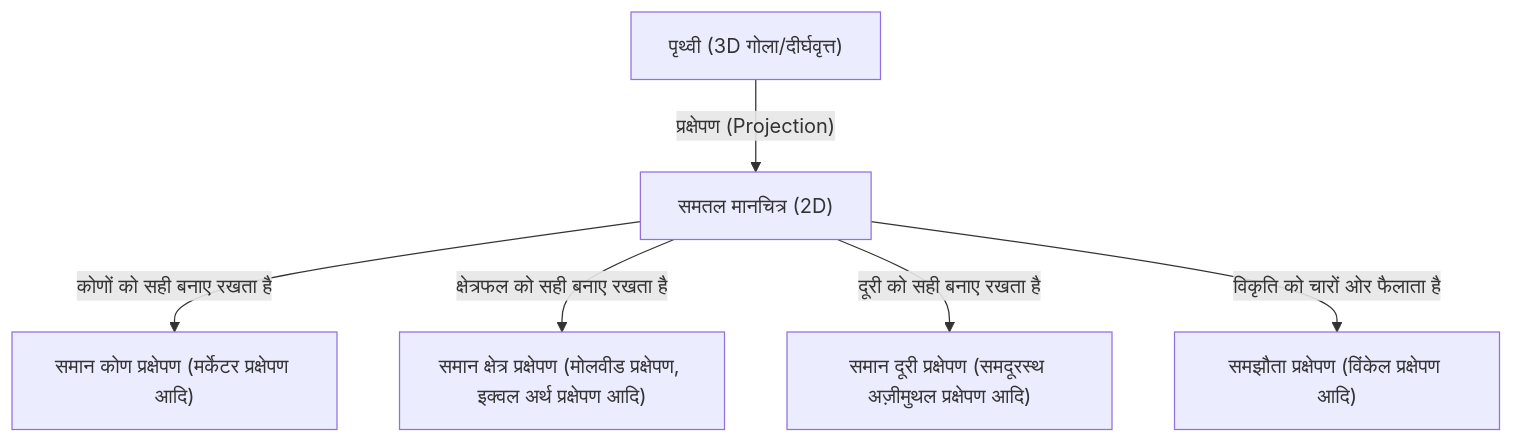
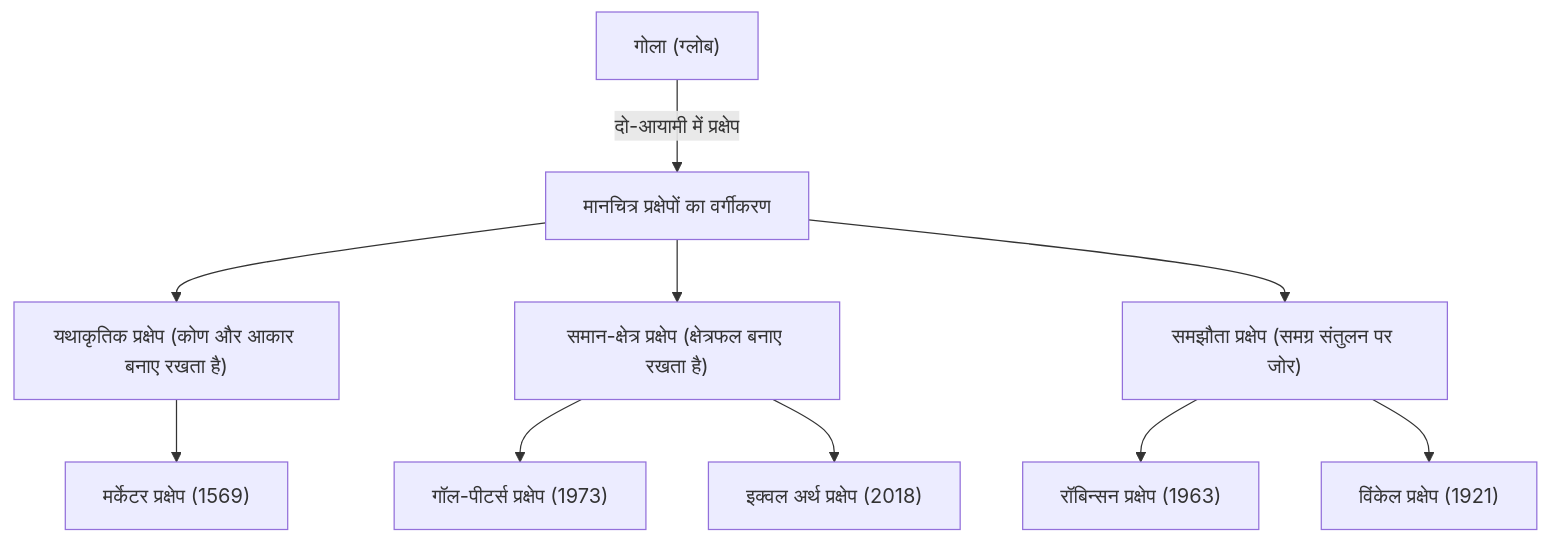
The diagram in content/post/history-of-map-projections/index.hi.md (kenjinote/blog), drawn with Mermaid before and after one commit. The commit also changed other lines of this file and 129 other files, not shown here.

````diff
--- a/content/post/history-of-map-projections/index.hi.md
+++ b/content/post/history-of-map-projections/index.hi.md
@@ -19,8 +30,13 @@
 ```mermaid
 graph TD
-    A["पृथ्वी (3D गोला/दीर्घवृत्त)"] -- "प्रक्षेपण (Projection)" --> B["समतल मानचित्र (2D)"]
-    B -- "कोणों को सही बनाए रखता है" --> C["समान कोण प्रक्षेपण (मर्केटर प्रक्षेपण आदि)"]
-    B -- "क्षेत्रफल को सही बनाए रखता है" --> D["समान क्षेत्र प्रक्षेपण (मोलवीड प्रक्षेपण, इक्वल अर्थ प्रक्षेपण आदि)"]
-    B -- "दूरी को सही बनाए रखता है" --> E["समान दूरी प्रक्षेपण (समदूरस्थ अज़ीमुथल प्रक्षेपण आदि)"]
-    B -- "विकृति को चारों ओर फैलाता है" --> F["समझौता प्रक्षेपण (विंकेल प्रक्षेपण आदि)"]
+    A["गोला (ग्लोब)"] -->|"दो-आयामी में प्रक्षेप"| B["मानचित्र प्रक्षेपों का वर्गीकरण"]
+    B --> C["यथाकृतिक प्रक्षेप (कोण और आकार बनाए रखता है)"]
+    B --> D["समान-क्षेत्र प्रक्षेप (क्षेत्रफल बनाए रखता है)"]
+    B --> E["समझौता प्रक्षेप (समग्र संतुलन पर जोर)"]
+    
+    C --> F["मर्केटर प्रक्षेप (1569)"]
+    D --> G["गॉल-पीटर्स प्रक्षेप (1973)"]
+    D --> H["इक्वल अर्थ प्रक्षेप (2018)"]
+    E --> I["रॉबिन्सन प्रक्षेप (1963)"]
+    E --> J["विंकेल प्रक्षेप (1921)"]
 ```
````
